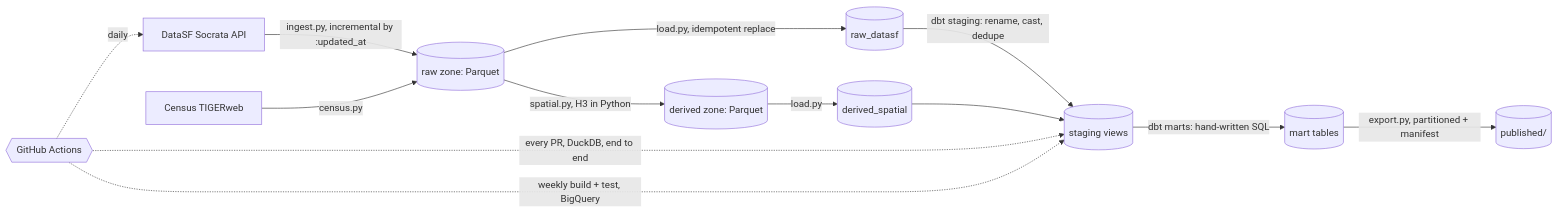
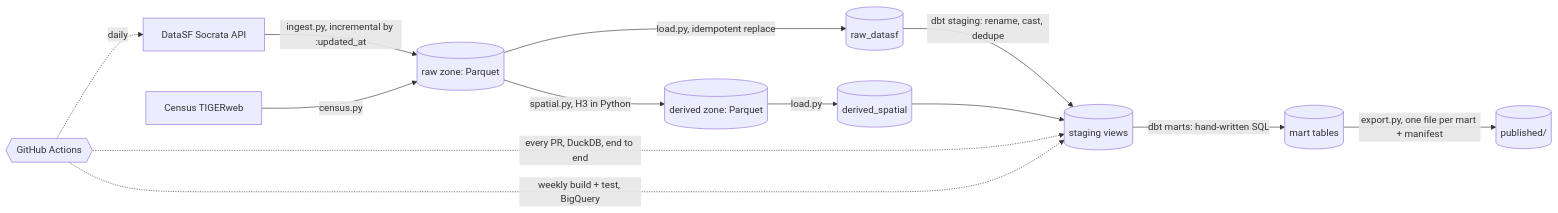
Before and after one commit to mp321/sf-data-warehouse: the diagram in README.md, drawn with Mermaid. The commit also changed other lines of this file and 21 other files, not shown here.

````diff
--- a/README.md
+++ b/README.md
@@ -24,15 +24,15 @@
 ```mermaid
 flowchart LR
     A[DataSF Socrata API] -->|ingest.py, incremental by :updated_at| B[(raw zone: Parquet)]
     A2[Census TIGERweb] -->|census.py| B
     B -->|spatial.py, H3 in Python| G[(derived zone: Parquet)]
     B -->|load.py, idempotent replace| C[(raw_datasf)]
     G -->|load.py| C2[(derived_spatial)]
     C -->|dbt staging: rename, cast, dedupe| D[(staging views)]
     C2 --> D
     D -->|dbt marts: hand-written SQL| E[(mart tables)]
-    E -->|export.py, partitioned + manifest| H[(published/)]
+    E -->|export.py, one file per mart + manifest| H[(published/)]
     F{{GitHub Actions}} -. daily .-> A
     F -. every PR, DuckDB, end to end .-> D
     F -. weekly build + test, BigQuery .-> D
 ```
````
